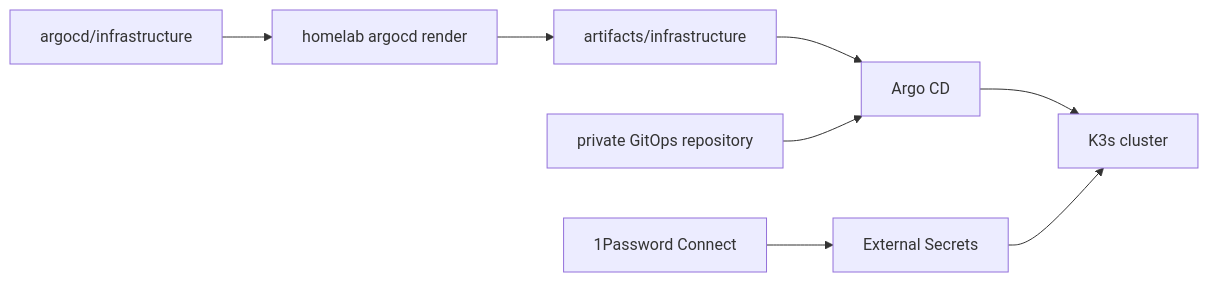
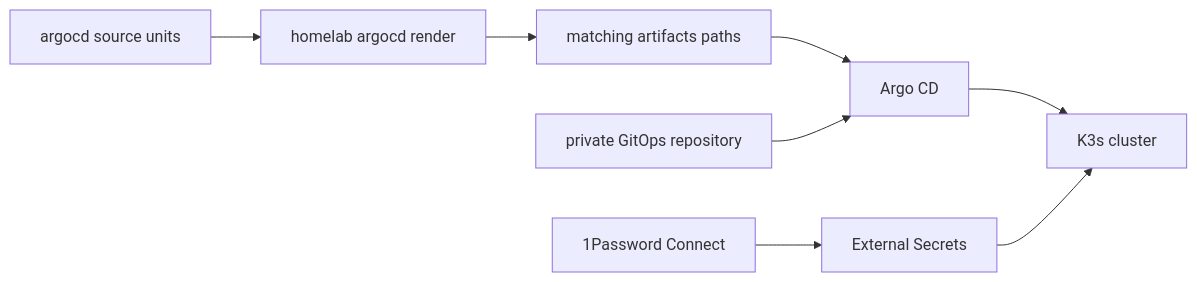
Before and after one commit to nandiheath/homelab-public: the diagram in README.md, drawn with Mermaid. The commit also changed other lines of this file and 8 other files, not shown here.

Commit message:
feat(render): adopt shared source contract (#10)

````diff
--- a/README.md
+++ b/README.md
@@ -7,10 +7,10 @@
 ```mermaid
 flowchart LR
-  M[argocd/infrastructure] --> R[homelab argocd render]
-  R --> A[artifacts/infrastructure]
+  M[argocd source units] --> R[homelab argocd render]
+  R --> A[matching artifacts paths]
   A --> G[Argo CD]
   G --> K[K3s cluster]
   P[private GitOps repository] --> G
   S[1Password Connect] --> E[External Secrets]
   E --> K
 ```
````
